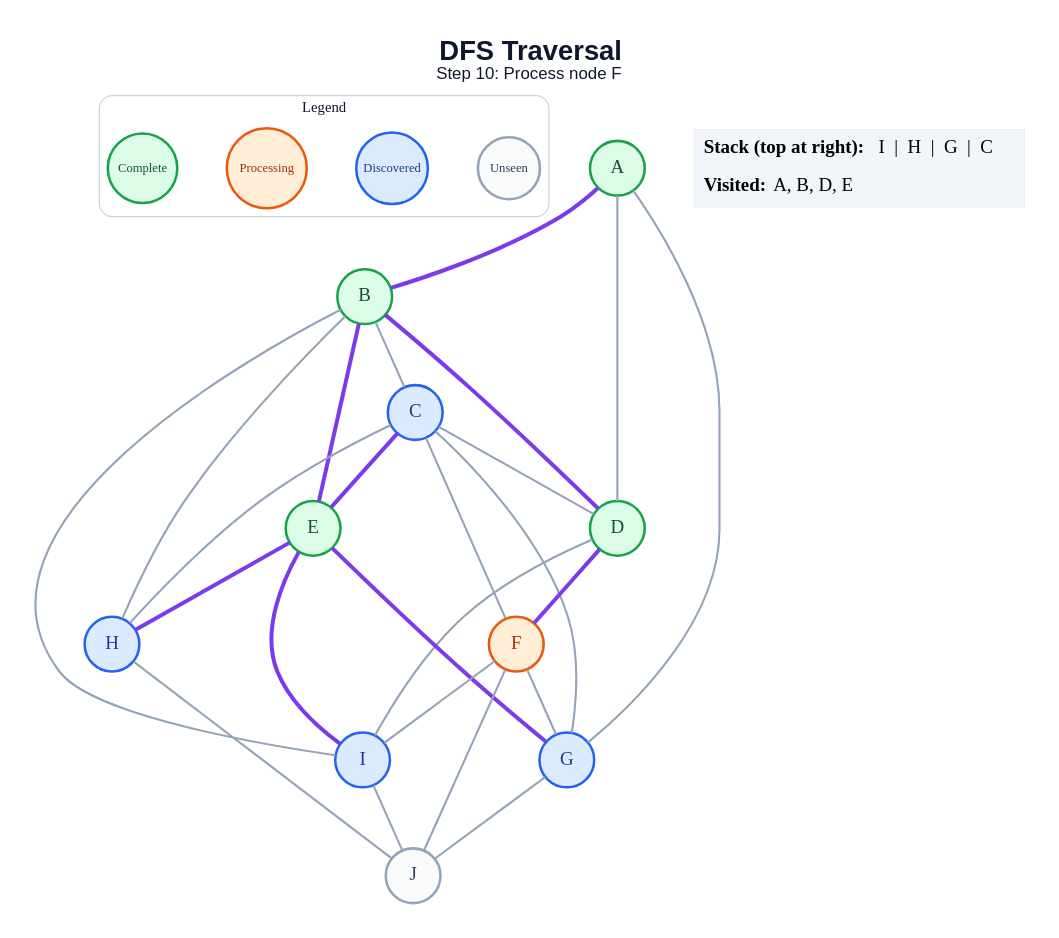
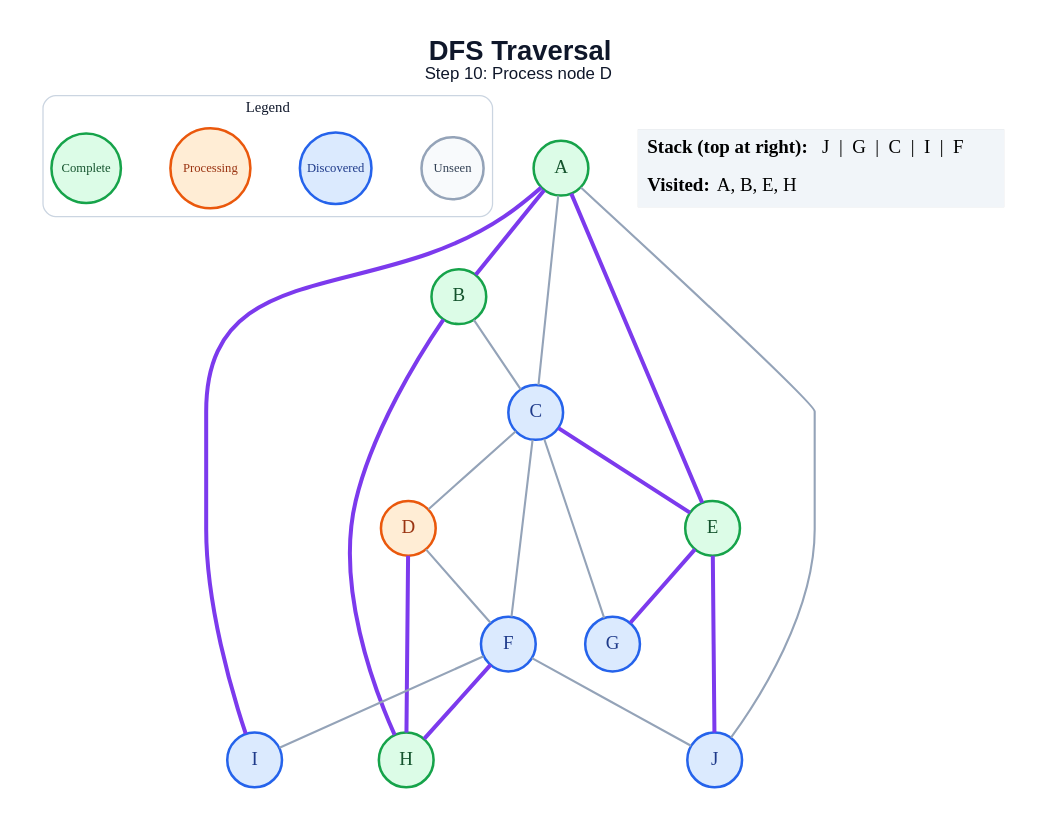
One commit to amanghodawala9/ai-slop changed the diagram in generated/specific-node/dfs/step_10.dot. Above: the diagram before and after it, drawn with Graphviz. The commit also changed 178 other files, not shown here.

```diff
--- a/generated/specific-node/dfs/step_10.dot
+++ b/generated/specific-node/dfs/step_10.dot
@@ -1,53 +1,47 @@
 graph traversal {
   graph [layout=dot, rankdir=TB, bgcolor="#FFFFFF", pad="0.35", nodesep="0.65", ranksep="0.8", fontname="Arial"];
   node [shape=circle, style="filled", fontname="Arial Bold", fontsize=18, width=0.72, fixedsize=true, penwidth=2.4];
   edge [color="#94A3B8", penwidth=2.0];
-  label=<<B>DFS Traversal</B><BR/><FONT POINT-SIZE="16">Step 10: Process node F</FONT>>; labelloc="t"; fontsize=26; fontname="Arial"; fontcolor="#0F172A";
+  label=<<B>DFS Traversal</B><BR/><FONT POINT-SIZE="16">Step 10: Process node D</FONT>>; labelloc="t"; fontsize=26; fontname="Arial"; fontcolor="#0F172A";
   subgraph cluster_legend { label="Legend"; color="#CBD5E1"; penwidth=1.2; style="rounded"; fontsize=14; fontname="Arial Bold";
     key_unseen [label="Unseen", fillcolor="#F8FAFC", color="#94A3B8", fontcolor="#334155", fontsize=12, width=0.82];
     key_frontier [label="Discovered", fillcolor="#DBEAFE", color="#2563EB", fontcolor="#1E3A8A", fontsize=12, width=0.95];
     key_current [label="Processing", fillcolor="#FFEDD5", color="#EA580C", fontcolor="#9A3412", fontsize=12, width=1.05];
     key_done [label="Complete", fillcolor="#DCFCE7", color="#16A34A", fontcolor="#14532D", fontsize=12, width=0.92];
     { rank=same; key_unseen; key_frontier; key_current; key_done; }
   }
   A [fillcolor="#DCFCE7", color="#16A34A", fontcolor="#14532D"];
   B [fillcolor="#DCFCE7", color="#16A34A", fontcolor="#14532D"];
   C [fillcolor="#DBEAFE", color="#2563EB", fontcolor="#1E3A8A"];
-  D [fillcolor="#DCFCE7", color="#16A34A", fontcolor="#14532D"];
+  D [fillcolor="#FFEDD5", color="#EA580C", fontcolor="#9A3412"];
   E [fillcolor="#DCFCE7", color="#16A34A", fontcolor="#14532D"];
-  F [fillcolor="#FFEDD5", color="#EA580C", fontcolor="#9A3412"];
+  F [fillcolor="#DBEAFE", color="#2563EB", fontcolor="#1E3A8A"];
   G [fillcolor="#DBEAFE", color="#2563EB", fontcolor="#1E3A8A"];
-  H [fillcolor="#DBEAFE", color="#2563EB", fontcolor="#1E3A8A"];
+  H [fillcolor="#DCFCE7", color="#16A34A", fontcolor="#14532D"];
   I [fillcolor="#DBEAFE", color="#2563EB", fontcolor="#1E3A8A"];
-  J [fillcolor="#F8FAFC", color="#94A3B8", fontcolor="#334155"];
+  J [fillcolor="#DBEAFE", color="#2563EB", fontcolor="#1E3A8A"];
   A -- B [color="#7C3AED", penwidth=3.8];
-  A -- D;
-  A -- G;
+  A -- C;
+  A -- E [color="#7C3AED", penwidth=3.8];
+  A -- I [color="#7C3AED", penwidth=3.8];
+  A -- J;
   B -- C;
-  B -- D [color="#7C3AED", penwidth=3.8];
-  B -- E [color="#7C3AED", penwidth=3.8];
-  B -- H;
-  B -- I;
+  B -- H [color="#7C3AED", penwidth=3.8];
   C -- D;
   C -- E [color="#7C3AED", penwidth=3.8];
   C -- F;
   C -- G;
-  C -- H;
-  D -- F [color="#7C3AED", penwidth=3.8];
-  D -- I;
+  D -- F;
+  D -- H [color="#7C3AED", penwidth=3.8];
   E -- G [color="#7C3AED", penwidth=3.8];
-  E -- H [color="#7C3AED", penwidth=3.8];
-  E -- I [color="#7C3AED", penwidth=3.8];
-  F -- G;
+  E -- J [color="#7C3AED", penwidth=3.8];
+  F -- H [color="#7C3AED", penwidth=3.8];
   F -- I;
   F -- J;
-  G -- J;
-  H -- J;
-  I -- J;
   status [shape=plain, fixedsize=false, width=0, height=0, margin=0, label=<
     <TABLE BORDER="0" CELLBORDER="0" CELLPADDING="7" BGCOLOR="#F1F5F9">
-      <TR><TD ALIGN="LEFT"><B>Stack (top at right):</B> I  |  H  |  G  |  C</TD></TR>
-      <TR><TD ALIGN="LEFT"><B>Visited:</B> A, B, D, E</TD></TR>
+      <TR><TD ALIGN="LEFT"><B>Stack (top at right):</B> J  |  G  |  C  |  I  |  F</TD></TR>
+      <TR><TD ALIGN="LEFT"><B>Visited:</B> A, B, E, H</TD></TR>
     </TABLE>
   >];
 }
```
